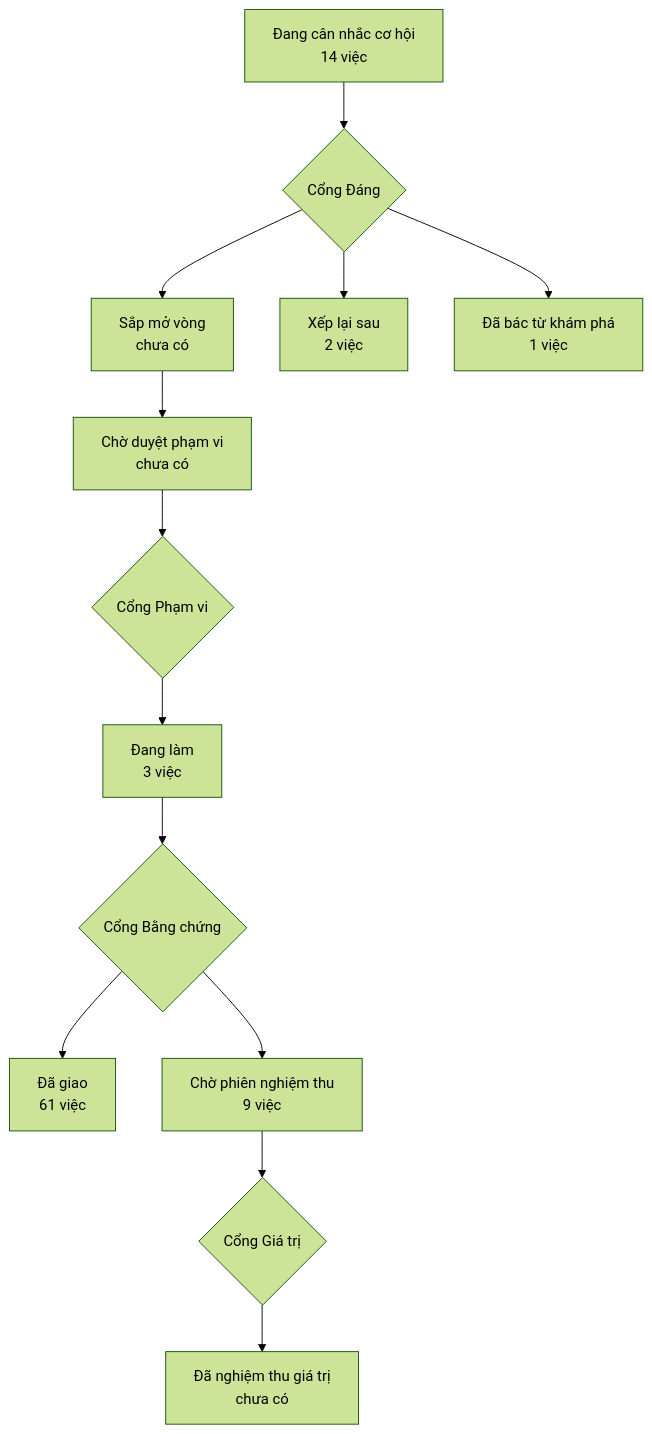
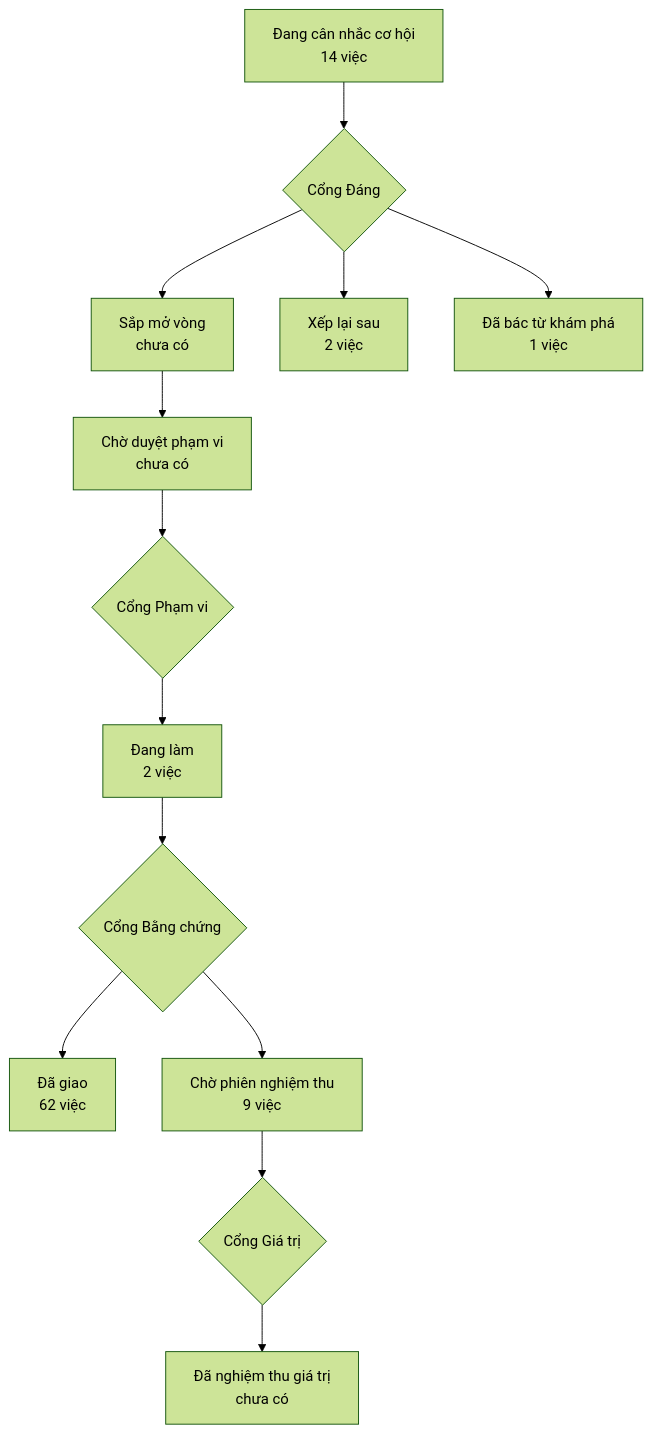
The diagram in PRODUCT-MAP.md (phanlemanh/acceptance-gate-kit), drawn with Mermaid (forest theme) before and after one commit. The commit also changed 3 other files, not shown here.

````diff
--- a/PRODUCT-MAP.md
+++ b/PRODUCT-MAP.md
@@ -6,12 +6,12 @@
 ```mermaid
 flowchart TD
   A["Đang cân nhắc cơ hội<br/>14 việc"] --> GD{"Cổng Đáng"}
   GD --> B["Sắp mở vòng<br/>chưa có"]
   GD --> XL["Xếp lại sau<br/>2 việc"]
   GD --> DB["Đã bác từ khám phá<br/>1 việc"]
   B --> CD["Chờ duyệt phạm vi<br/>chưa có"] --> GP{"Cổng Phạm vi"}
-  GP --> DL["Đang làm<br/>3 việc"] --> GB{"Cổng Bằng chứng"}
-  GB --> DG["Đã giao<br/>61 việc"]
+  GP --> DL["Đang làm<br/>2 việc"] --> GB{"Cổng Bằng chứng"}
+  GB --> DG["Đã giao<br/>62 việc"]
   GB --> CN["Chờ phiên nghiệm thu<br/>9 việc"] --> GG{"Cổng Giá trị"}
   GG --> NT["Đã nghiệm thu giá trị<br/>chưa có"]
 ```
````
